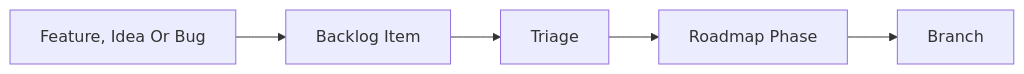
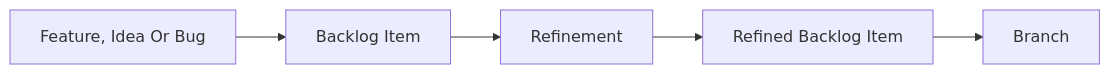
One commit to Cynthion/ngx-formidable changed the first of 3 diagrams in .documentation/impl/ai-harness.md. Above: the diagram before and after it, drawn with Mermaid. The commit also changed other lines of this file and 12 other files, not shown here.

````diff
--- a/.documentation/impl/ai-harness.md
+++ b/.documentation/impl/ai-harness.md
@@ -100,7 +100,7 @@
 ```mermaid
 flowchart LR
   Idea[Feature, Idea Or Bug] --> Backlog[Backlog Item]
-  Backlog --> Triage[Triage]
-  Triage --> Phase[Roadmap Phase]
-  Phase --> Branch[Branch]
+  Backlog --> Refinement[Refinement]
+  Refinement --> Refined[Refined Backlog Item]
+  Refined --> Branch[Branch]
 ```
````
